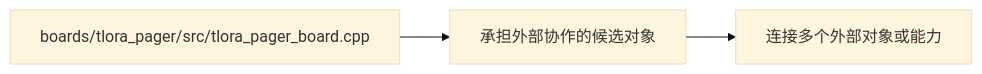
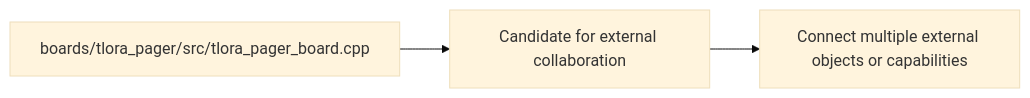
Before and after one commit to manmuqingshan/trail-mate: the diagram in docs/engineering/technical-hotspots/collaboration-pressure--boards-tlora_pager-src-tlora_pager_board-cpp/technical-hotspot.md, drawn with Mermaid (base theme). The commit also changed other lines of this file and 527 other files, not shown here.

````diff
--- a/docs/engineering/technical-hotspots/collaboration-pressure--boards-tlora_pager-src-tlora_pager_board-cpp/technical-hotspot.md
+++ b/docs/engineering/technical-hotspots/collaboration-pressure--boards-tlora_pager-src-tlora_pager_board-cpp/technical-hotspot.md
@@ -40,8 +40,8 @@
 ```mermaid
 flowchart LR
   target["boards/tlora_pager/src/tlora_pager_board.cpp"]
-  hotspot["承担外部协作的候选对象"]
-  signal["连接多个外部对象或能力"]
+ hotspot["Candidate for external collaboration"]
+ signal["Connect multiple external objects or capabilities"]
   target --> hotspot
   hotspot --> signal
 ```
````
